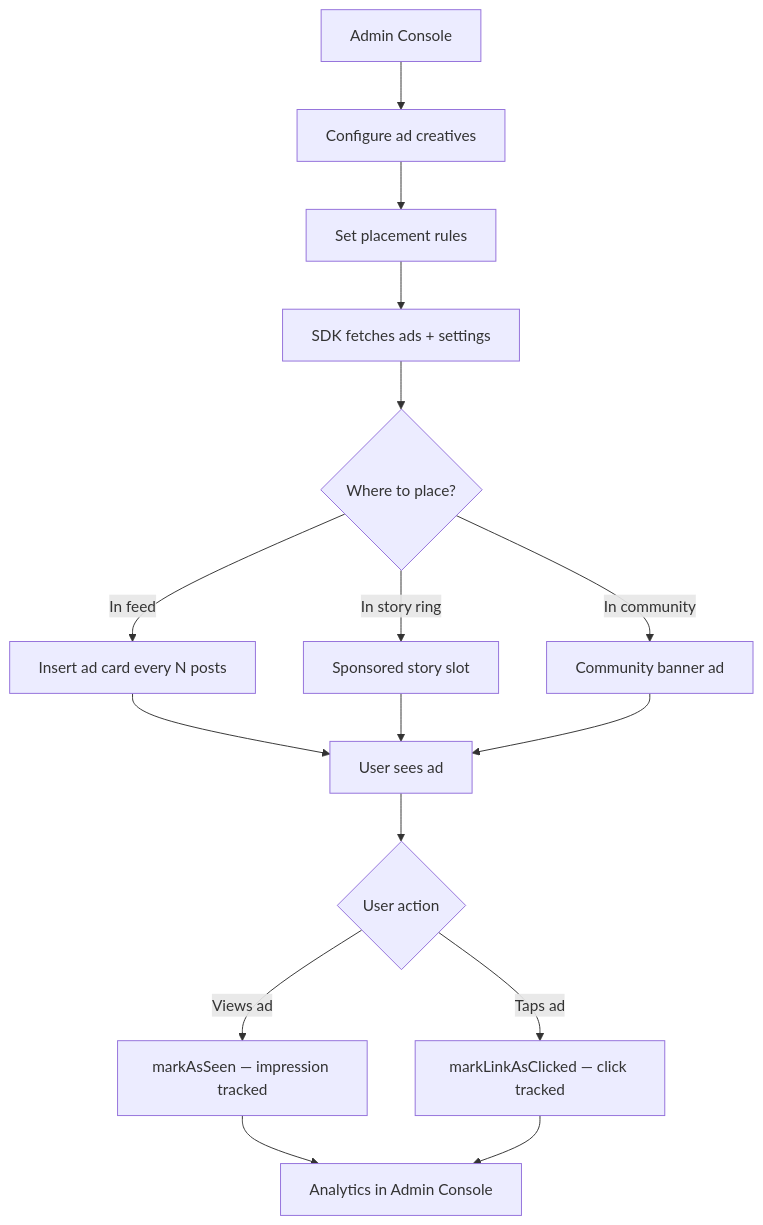
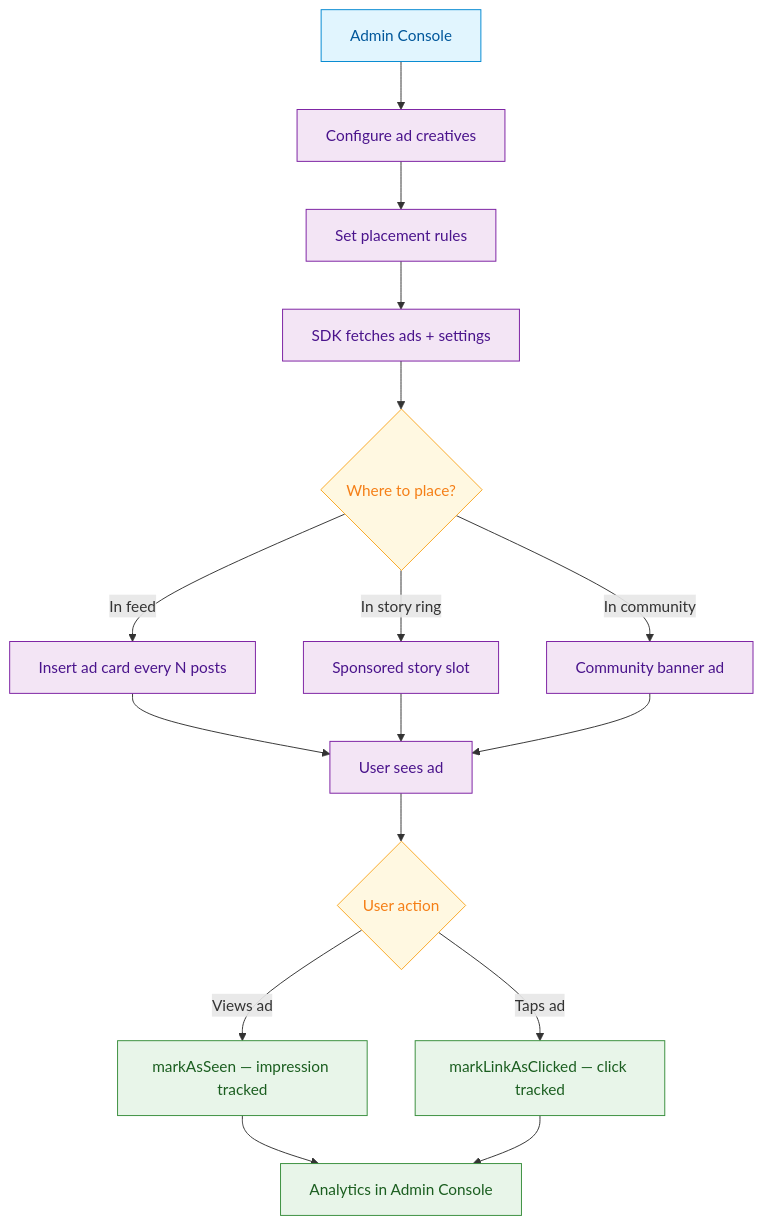
One commit to AmityCo/social-plus-docs changed the diagram in use-cases/social/advertising-and-monetization.mdx. Above: the diagram before and after it, drawn with Mermaid. The commit also changed other lines of this file and 26 other files, not shown here.

````diff
--- a/use-cases/social/advertising-and-monetization.mdx
+++ b/use-cases/social/advertising-and-monetization.mdx
@@ -26,15 +24,25 @@
 ```mermaid
 graph TD
     A[Admin Console] --> B[Configure ad creatives]
     B --> C[Set placement rules]
     C --> D[SDK fetches ads + settings]
     D --> E{Where to place?}
     E -->|In feed| F[Insert ad card every N posts]
     E -->|In story ring| G[Sponsored story slot]
     E -->|In community| H[Community banner ad]
     F & G & H --> I[User sees ad]
     I --> J{User action}
     J -->|Views ad| K[markAsSeen — impression tracked]
     J -->|Taps ad| L[markLinkAsClicked — click tracked]
     K & L --> M[Analytics in Admin Console]
+
+    classDef action fill:#e1f5fe,stroke:#0288d1,color:#01579b
+    classDef decision fill:#fff8e1,stroke:#f9a825,color:#f57f17
+    classDef process fill:#f3e5f5,stroke:#7b1fa2,color:#4a148c
+    classDef outcome fill:#e8f5e9,stroke:#388e3c,color:#1b5e20
+
+    class A action
+    class E,J decision
+    class B,C,D,F,G,H,I process
+    class K,L,M outcome
 ```
````
